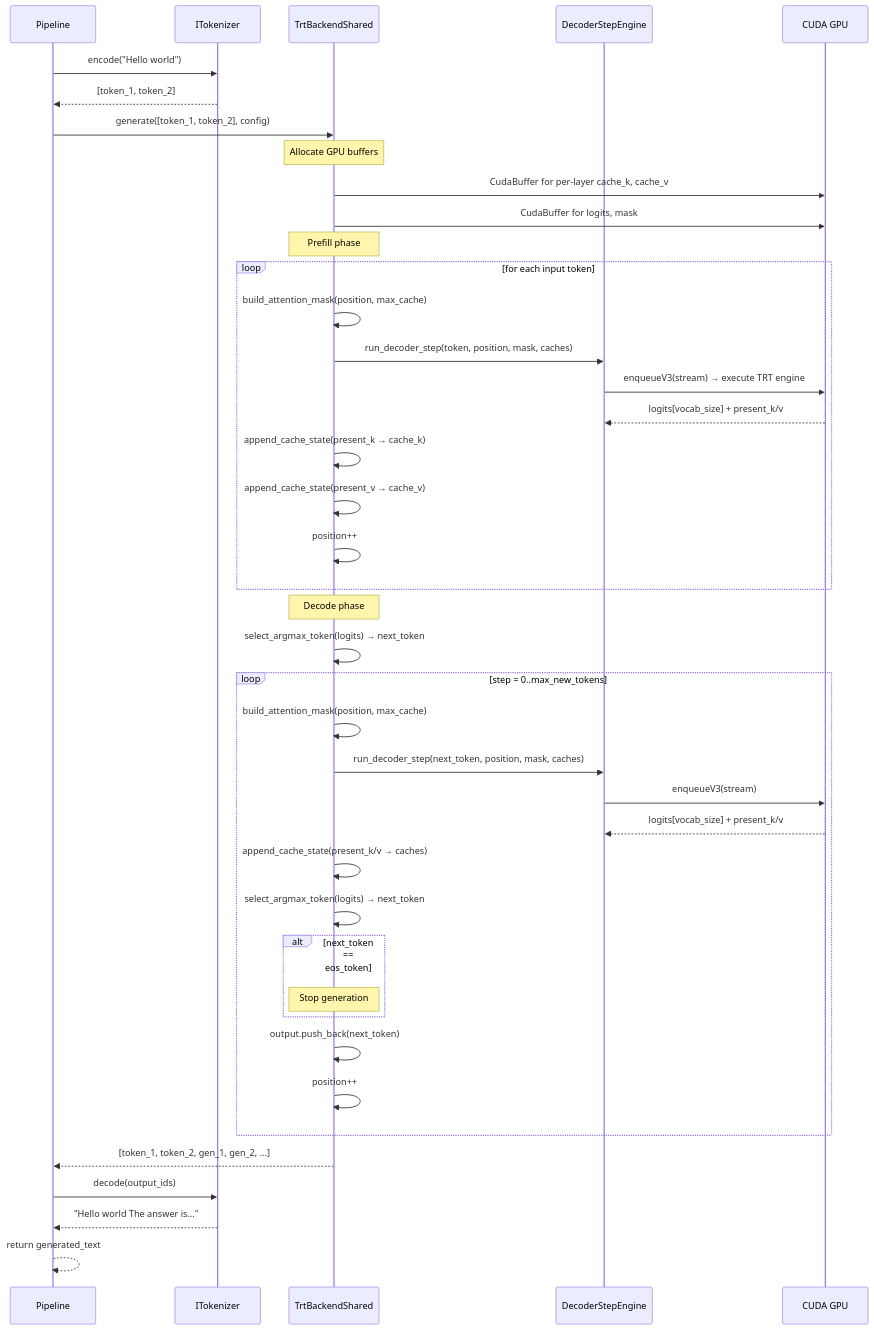
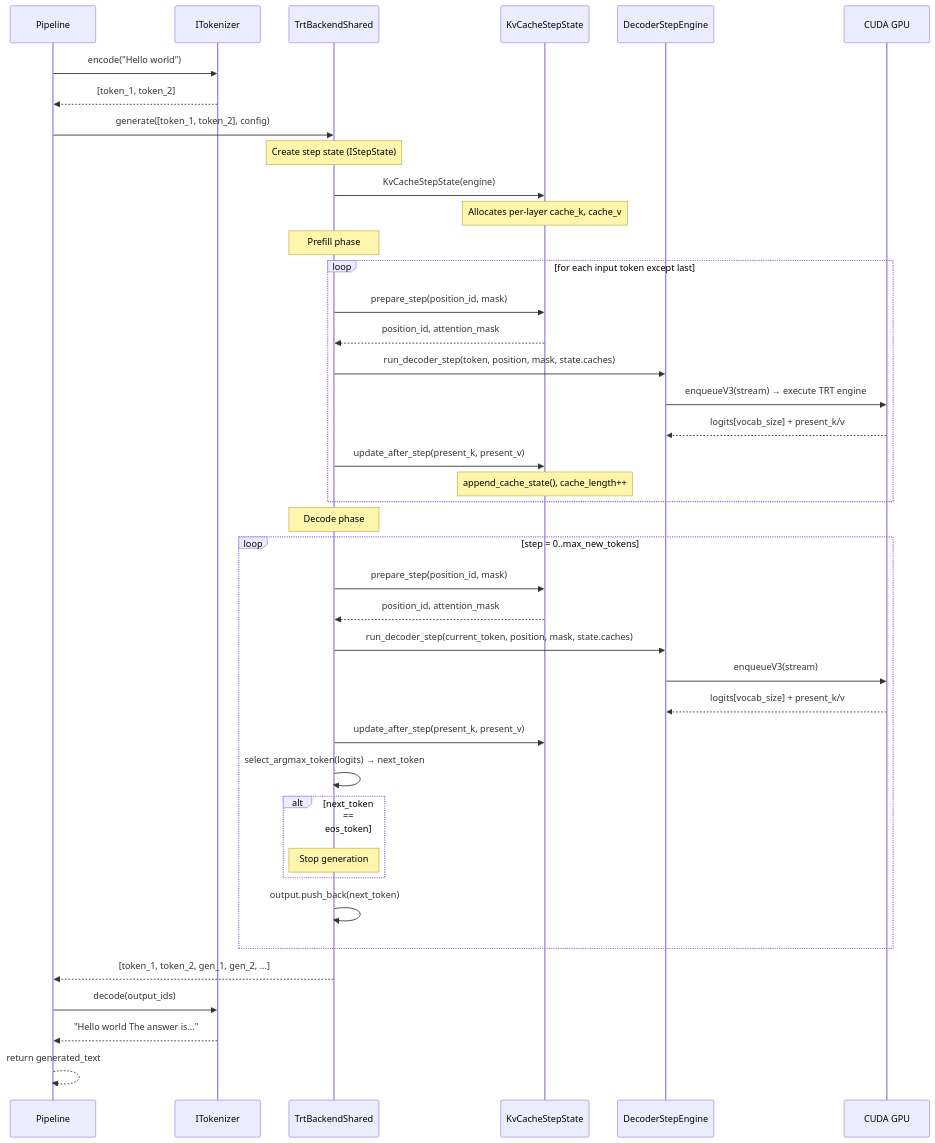
The fifth of 7 diagrams in docs/wiki/Dynamic-Design.md (AbishekCoder1/TensorRT-Model-Connect), drawn with Mermaid before and after one commit. The commit also changed other lines of this file and 17 other files, not shown here.

````diff
--- a/docs/wiki/Dynamic-Design.md
+++ b/docs/wiki/Dynamic-Design.md
@@ -260,48 +260,48 @@
 ```mermaid
 sequenceDiagram
     participant P as Pipeline
     participant T as ITokenizer
     participant B as TrtBackendShared
+    participant S as KvCacheStepState
     participant E as DecoderStepEngine
     participant GPU as CUDA GPU
 
     P->>T: encode("Hello world")
     T-->>P: [token_1, token_2]
     P->>B: generate([token_1, token_2], config)
 
-    Note over B: Allocate GPU buffers
-    B->>GPU: CudaBuffer for per-layer cache_k, cache_v
-    B->>GPU: CudaBuffer for logits, mask
+    Note over B: Create step state (IStepState)
+    B->>S: KvCacheStepState(engine)
+    Note over S: Allocates per-layer cache_k, cache_v
 
     Note over B: Prefill phase
-    loop for each input token
-        B->>B: build_attention_mask(position, max_cache)
-        B->>E: run_decoder_step(token, position, mask, caches)
+    loop for each input token except last
+        B->>S: prepare_step(position_id, mask)
+        S-->>B: position_id, attention_mask
+        B->>E: run_decoder_step(token, position, mask, state.caches)
         E->>GPU: enqueueV3(stream) → execute TRT engine
         GPU-->>E: logits[vocab_size] + present_k/v
-        B->>B: append_cache_state(present_k → cache_k)
-        B->>B: append_cache_state(present_v → cache_v)
-        B->>B: position++
+        B->>S: update_after_step(present_k, present_v)
+        Note over S: append_cache_state(), cache_length++
     end
 
     Note over B: Decode phase
-    B->>B: select_argmax_token(logits) → next_token
     loop step = 0..max_new_tokens
-        B->>B: build_attention_mask(position, max_cache)
-        B->>E: run_decoder_step(next_token, position, mask, caches)
+        B->>S: prepare_step(position_id, mask)
+        S-->>B: position_id, attention_mask
+        B->>E: run_decoder_step(current_token, position, mask, state.caches)
         E->>GPU: enqueueV3(stream)
         GPU-->>E: logits[vocab_size] + present_k/v
-        B->>B: append_cache_state(present_k/v → caches)
+        B->>S: update_after_step(present_k, present_v)
         B->>B: select_argmax_token(logits) → next_token
         alt next_token == eos_token
             Note over B: Stop generation
         end
         B->>B: output.push_back(next_token)
-        B->>B: position++
     end
 
     B-->>P: [token_1, token_2, gen_1, gen_2, ...]
     P->>T: decode(output_ids)
     T-->>P: "Hello world The answer is..."
     P-->>P: return generated_text
 ```
````
